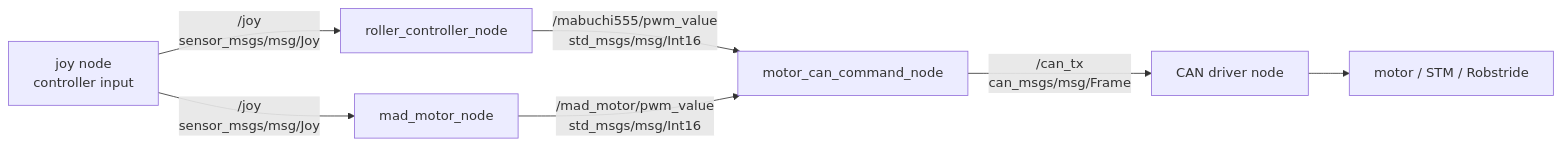
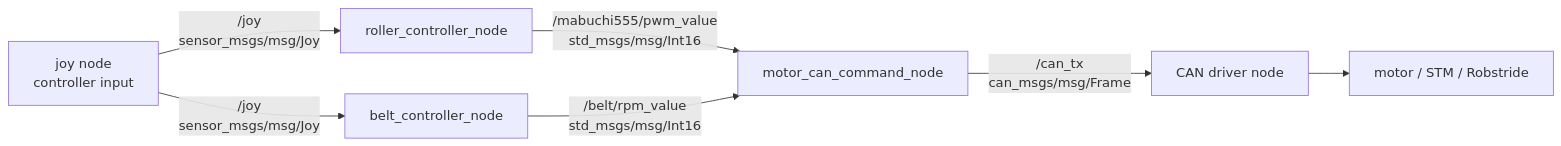
Before and after one commit to rodep-soft/rox2026: the first of 4 diagrams in ros2_ws/README.md, drawn with Mermaid. The commit also changed other lines of this file and 11 other files, not shown here.

````diff
--- a/ros2_ws/README.md
+++ b/ros2_ws/README.md
@@ -13,16 +13,16 @@
 ```mermaid
 flowchart LR
   joy_node["joy node<br/>controller input"]
   roller["roller_controller_node"]
-  mad["mad_motor_node"]
+  mad["belt_controller_node"]
   bridge["motor_can_command_node"]
   can_driver["CAN driver node"]
   motor["motor / STM / Robstride"]
 
   joy_node -->|"/joy<br/>sensor_msgs/msg/Joy"| roller
   joy_node -->|"/joy<br/>sensor_msgs/msg/Joy"| mad
   roller -->|"/mabuchi555/pwm_value<br/>std_msgs/msg/Int16"| bridge
-  mad -->|"/mad_motor/pwm_value<br/>std_msgs/msg/Int16"| bridge
+  mad -->|"/belt/rpm_value<br/>std_msgs/msg/Int16"| bridge
   bridge -->|"/can_tx<br/>can_msgs/msg/Frame"| can_driver
   can_driver --> motor
 ```
````
